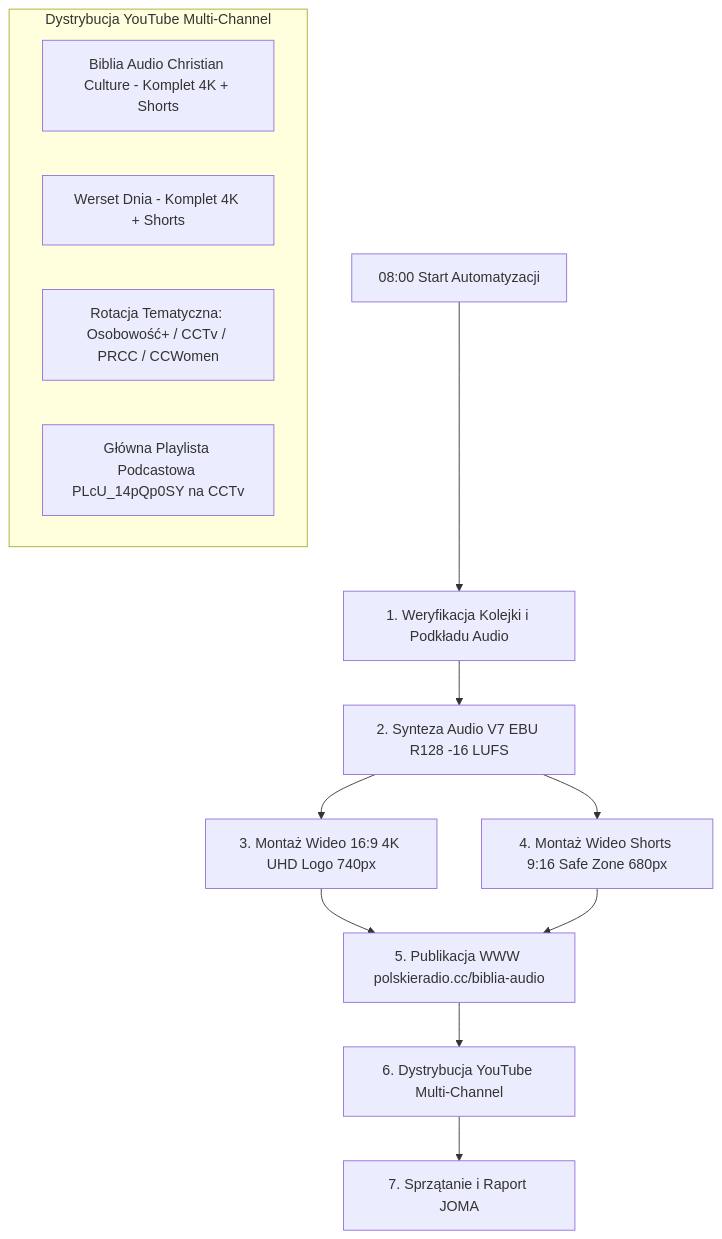
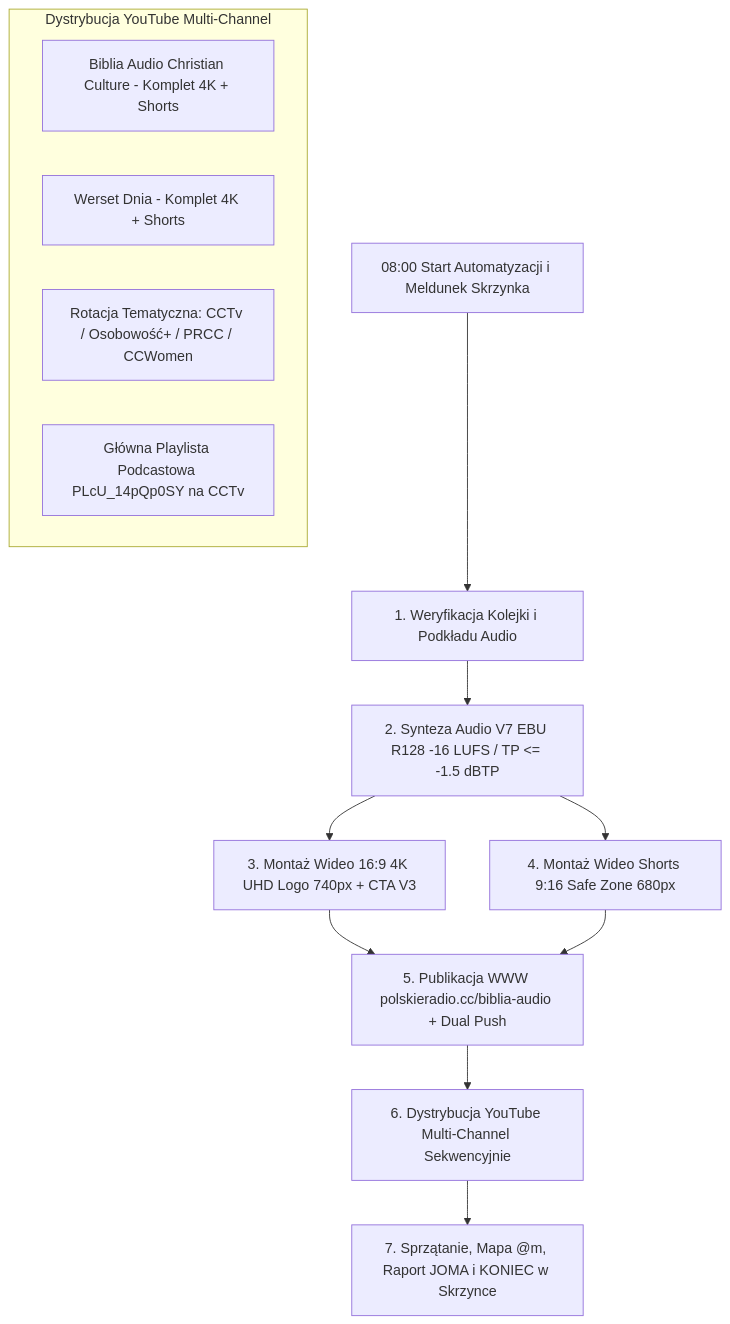
One commit to PolskieRadioChristianCulture/Strona-www-Christian-Culture changed the diagram in docs/BIBLIA_AUDIO_AUTOMATION_PROCEDURES.md. Above: the diagram before and after it, drawn with Mermaid. The commit also changed other lines of this file, not shown here.

Commit message:
docs(biblia-audio): add complete V7 automation SOP and multi-agent token fallback protocol (@joma @ICC @777)

````diff
--- a/docs/BIBLIA_AUDIO_AUTOMATION_PROCEDURES.md
+++ b/docs/BIBLIA_AUDIO_AUTOMATION_PROCEDURES.md
@@ -13,17 +23,17 @@
 ```mermaid
 flowchart TD
-    A[08:00 Start Automatyzacji] --> B[1. Weryfikacja Kolejki i Podkładu Audio]
-    B --> C[2. Synteza Audio V7 EBU R128 -16 LUFS]
-    C --> D[3. Montaż Wideo 16:9 4K UHD Logo 740px]
+    A[08:00 Start Automatyzacji i Meldunek Skrzynka] --> B[1. Weryfikacja Kolejki i Podkładu Audio]
+    B --> C[2. Synteza Audio V7 EBU R128 -16 LUFS / TP <= -1.5 dBTP]
+    C --> D[3. Montaż Wideo 16:9 4K UHD Logo 740px + CTA V3]
     C --> E[4. Montaż Wideo Shorts 9:16 Safe Zone 680px]
-    D & E --> F[5. Publikacja WWW polskieradio.cc/biblia-audio]
-    F --> G[6. Dystrybucja YouTube Multi-Channel]
-    G --> H[7. Sprzątanie i Raport JOMA]
+    D & E --> F[5. Publikacja WWW polskieradio.cc/biblia-audio + Dual Push]
+    F --> G[6. Dystrybucja YouTube Multi-Channel Sekwencyjnie]
+    G --> H[7. Sprzątanie, Mapa @m, Raport JOMA i KONIEC w Skrzynce]
 
     subgraph YouTube [Dystrybucja YouTube Multi-Channel]
         G1[Biblia Audio Christian Culture - Komplet 4K + Shorts]
         G2[Werset Dnia - Komplet 4K + Shorts]
-        G3[Rotacja Tematyczna: Osobowość+ / CCTv / PRCC / CCWomen]
+        G3[Rotacja Tematyczna: CCTv / Osobowość+ / PRCC / CCWomen]
         G4[Główna Playlista Podcastowa PLcU_14pQp0SY na CCTv]
     end
 ```
````
